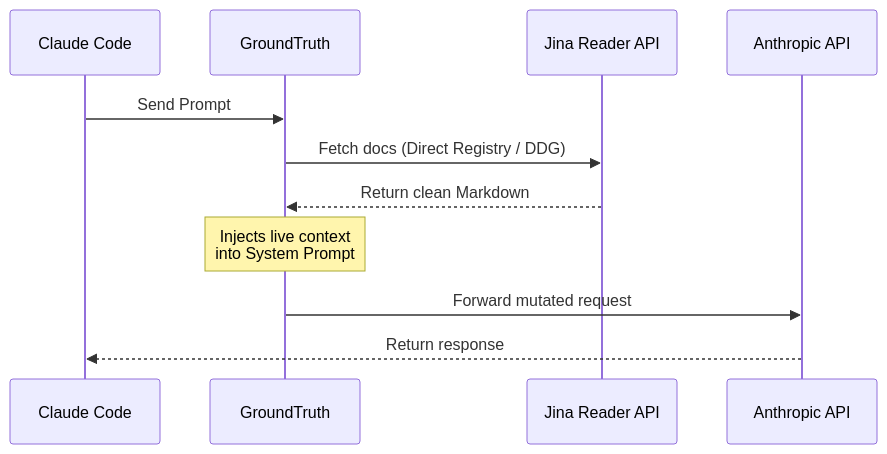
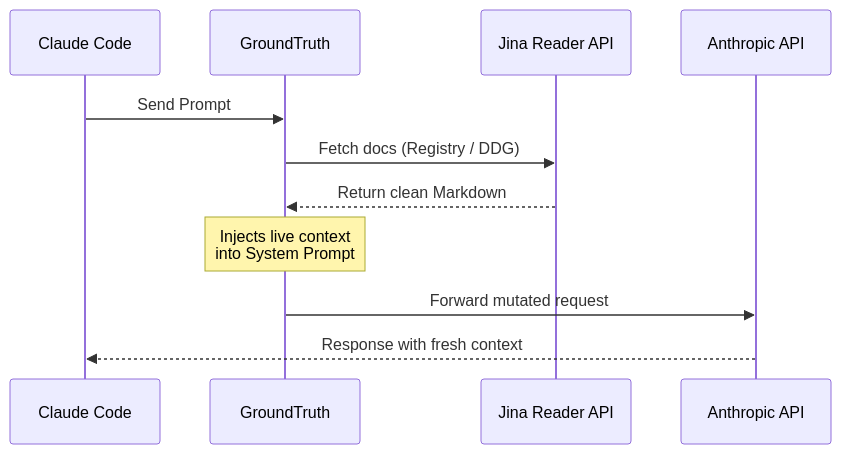
One commit to anto0102/GroundTruth changed the first of 2 diagrams in README.md. Above: the diagram before and after it, drawn with Mermaid. The commit also changed other lines of this file, not shown here.

````diff
--- a/README.md
+++ b/README.md
@@ -63,14 +51,14 @@
 ```mermaid
 sequenceDiagram
     participant Agent as Claude Code
     participant Proxy as GroundTruth
     participant Jina as Jina Reader API
     participant API as Anthropic API
 
     Agent->>Proxy: Send Prompt
-    Proxy->>Jina: Fetch docs (Direct Registry / DDG)
+    Proxy->>Jina: Fetch docs (Registry / DDG)
     Jina-->>Proxy: Return clean Markdown
     Note over Proxy: Injects live context<br/>into System Prompt
     Proxy->>API: Forward mutated request
-    API-->>Agent: Return response
+    API-->>Agent: Response with fresh context
 ```
````
